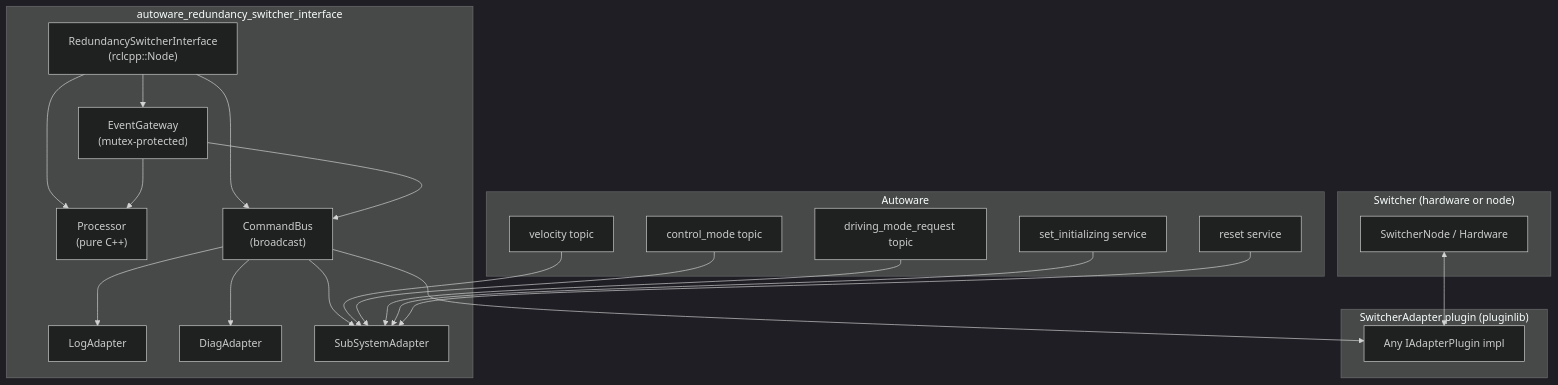
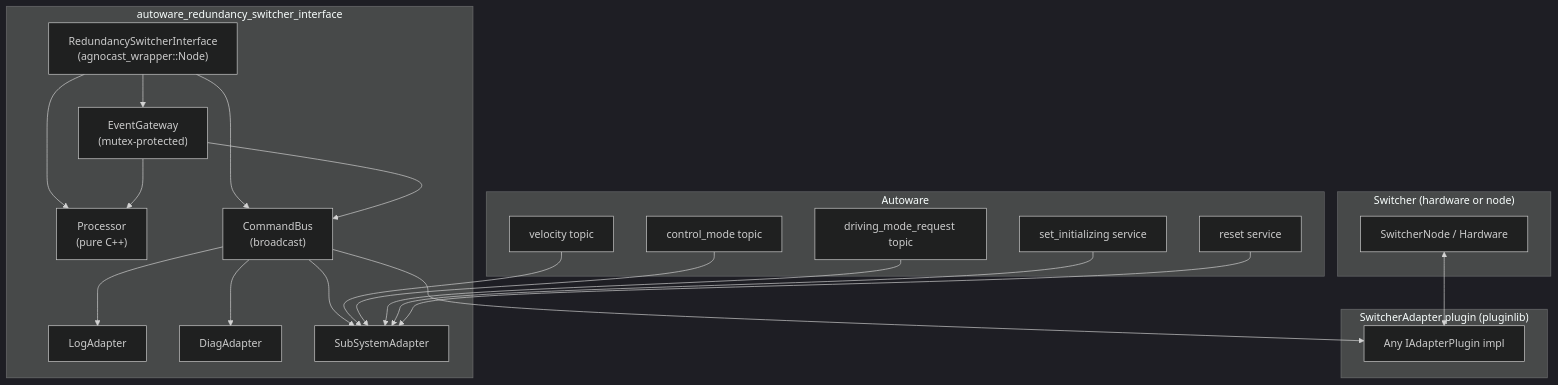
The first of 6 diagrams in system/autoware_redundancy_switcher_interface/docs/DESIGN.md (autowarefoundation/autoware.universe), drawn with Mermaid (dark theme) before and after one commit. The commit also changed other lines of this file and 22 other files, not shown here.

First line of the commit message:
feat(autoware_redundancy_switcher_interface): apply agnocast_wrapper::Node (#13489)

````diff
--- a/system/autoware_redundancy_switcher_interface/docs/DESIGN.md
+++ b/system/autoware_redundancy_switcher_interface/docs/DESIGN.md
@@ -65,46 +65,46 @@
 ```mermaid
 graph TB
   subgraph autoware_redundancy_switcher_interface
-    Node["RedundancySwitcherInterface\n(rclcpp::Node)"]
+    Node["RedundancySwitcherInterface\n(agnocast_wrapper::Node)"]
     GW["EventGateway\n(mutex-protected)"]
     PROC["Processor\n(pure C++)"]
     BUS["CommandBus\n(broadcast)"]
     LOG["LogAdapter"]
     DIAG["DiagAdapter"]
     SUB["SubSystemAdapter"]
   end
 
   subgraph Plugin["SwitcherAdapter plugin (pluginlib)"]
     PLUG["Any IAdapterPlugin impl"]
   end
 
   subgraph Autoware
     VEL["velocity topic"]
     CTL["control_mode topic"]
     DMR["driving_mode_request topic"]
     SVC_INIT["set_initializing service"]
     SVC_RST["reset service"]
   end
 
   subgraph Switcher["Switcher (hardware or node)"]
     SWNODE["SwitcherNode / Hardware"]
   end
 
   Node --> GW
   Node --> BUS
   Node --> PROC
   GW --> PROC
   GW --> BUS
   BUS --> LOG
   BUS --> DIAG
   BUS --> SUB
   BUS --> PLUG
 
   VEL --> SUB
   CTL --> SUB
   DMR --> SUB
   SVC_INIT --> SUB
   SVC_RST --> SUB
 
   SWNODE <--> PLUG
 ```
````
